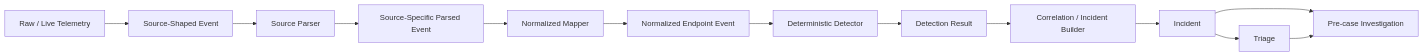
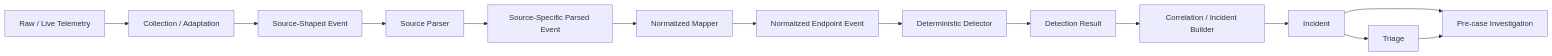
One commit to jpsuper/intelligent-soc-lab-portfolio changed the first of 4 diagrams in docs/architecture/defender-event-processing-flow.md. Above: the diagram before and after it, drawn with Mermaid. The commit also changed other lines of this file and 1 other file, not shown here.

First line of the commit message:
docs: sync defender event processing flow (#7)

````diff
--- a/docs/architecture/defender-event-processing-flow.md
+++ b/docs/architecture/defender-event-processing-flow.md
@@ -26,28 +26,30 @@
 ```mermaid
 flowchart LR
     A[Raw / Live Telemetry]
+    X[Collection / Adaptation]
     B[Source-Shaped Event]
     C[Source Parser]
     D[Source-Specific Parsed Event]
     E[Normalized Mapper]
     F[Normalized Endpoint Event]
     G[Deterministic Detector]
     H[Detection Result]
     I[Correlation / Incident Builder]
     J[Incident]
     K[Triage]
     L[Pre-case Investigation]
 
-    A --> B
+    A --> X
+    X --> B
     B --> C
     C --> D
     D --> E
     E --> F
     F --> G
     G --> H
     H --> I
     I --> J
     J --> K
     J --> L
     K --> L
 ```
````
